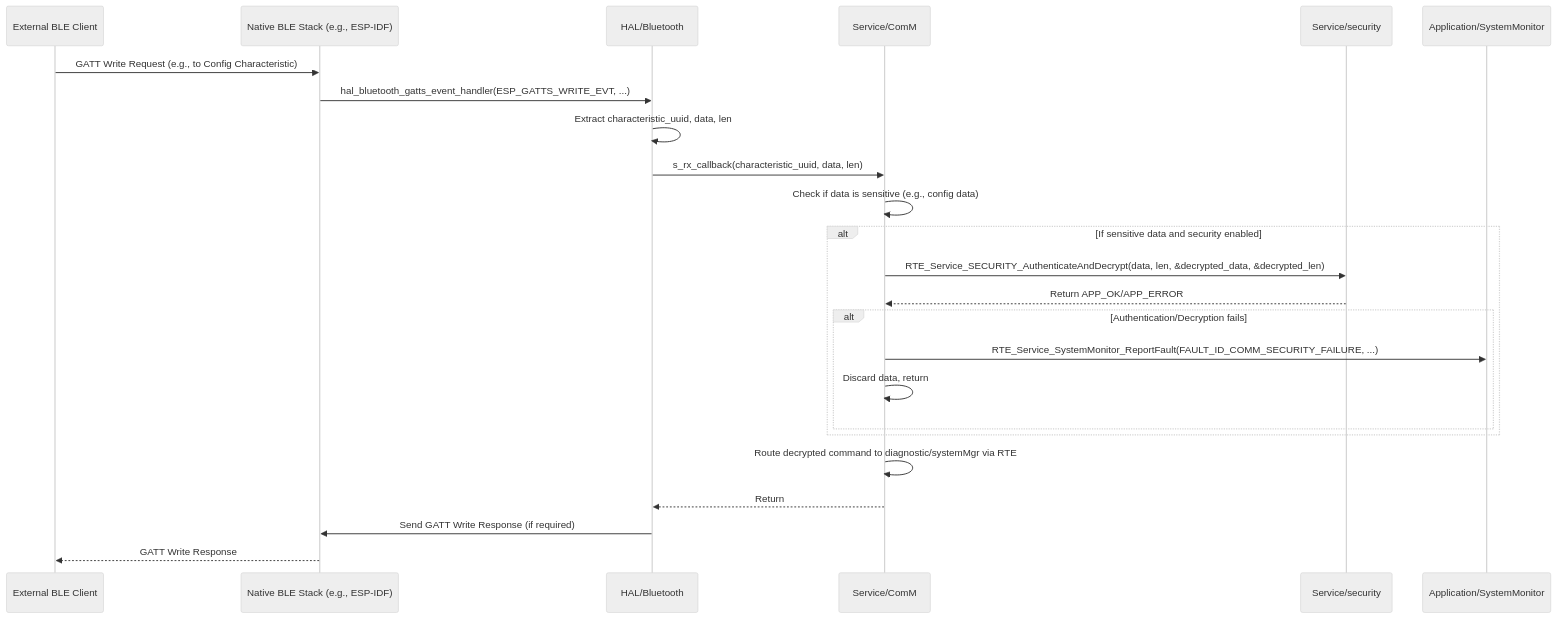
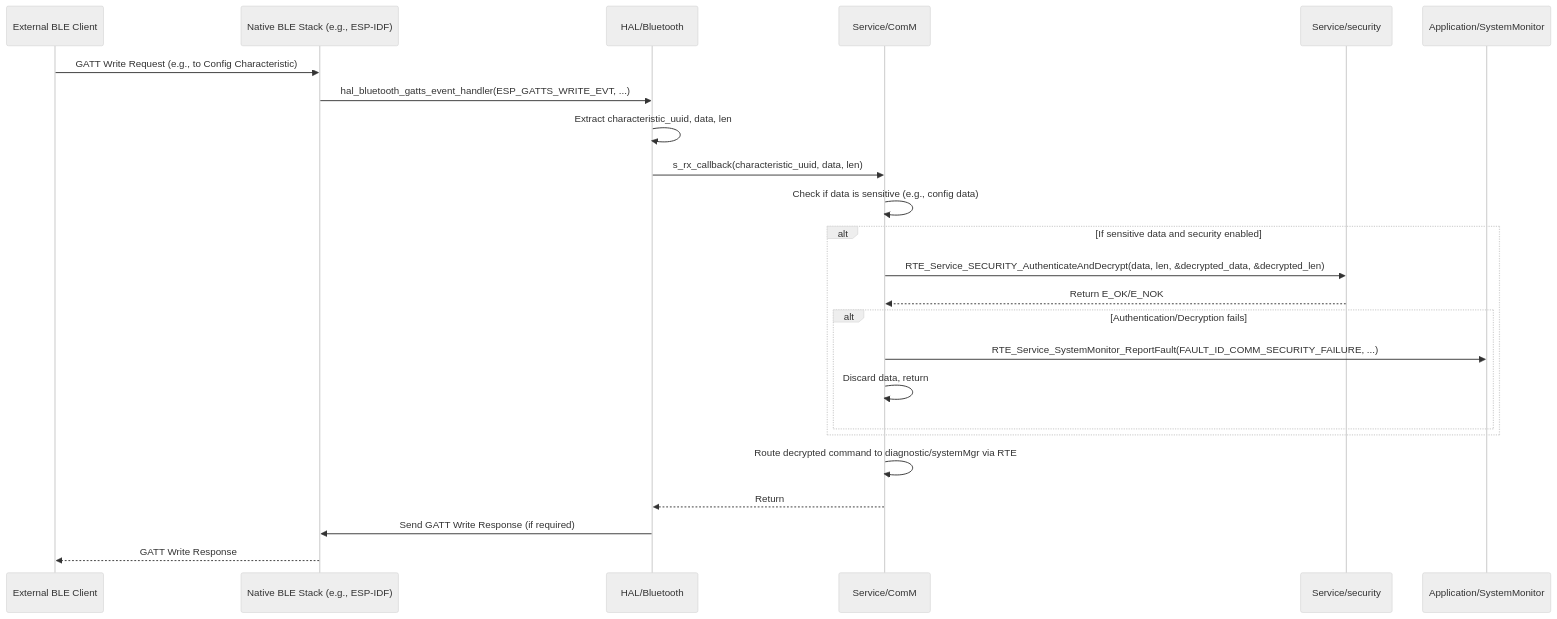
Before and after one commit to ashaker-2/Platform: the diagram in Requiremets/Design/HAL/HAL_BLE_.md, drawn with Mermaid (neutral theme). The commit also changed other lines of this file and 716 other files, not shown here.

````diff
--- a/Requiremets/Design/HAL/HAL_BLE_.md
+++ b/Requiremets/Design/HAL/HAL_BLE_.md
@@ -206,27 +206,27 @@
 ```mermaid
 sequenceDiagram  
     participant BLE_Client as External BLE Client  
     participant Native_BLE_Stack as Native BLE Stack (e.g., ESP-IDF)  
     participant HAL_BLUETOOTH as HAL/Bluetooth  
     participant ComM as Service/ComM  
     participant Security as Service/security  
     participant SystemMonitor as Application/SystemMonitor
 
     BLE_Client->>Native_BLE_Stack: GATT Write Request (e.g., to Config Characteristic)  
     Native_BLE_Stack->>HAL_BLUETOOTH: hal_bluetooth_gatts_event_handler(ESP_GATTS_WRITE_EVT, ...)  
     HAL_BLUETOOTH->>HAL_BLUETOOTH: Extract characteristic_uuid, data, len  
     HAL_BLUETOOTH->>ComM: s_rx_callback(characteristic_uuid, data, len)  
     ComM->>ComM: Check if data is sensitive (e.g., config data)  
     alt If sensitive data and security enabled  
         ComM->>Security: RTE_Service_SECURITY_AuthenticateAndDecrypt(data, len, &decrypted_data, &decrypted_len)  
-        Security-->>ComM: Return APP_OK/APP_ERROR  
+        Security-->>ComM: Return E_OK/E_NOK  
         alt Authentication/Decryption fails  
             ComM->>SystemMonitor: RTE_Service_SystemMonitor_ReportFault(FAULT_ID_COMM_SECURITY_FAILURE, ...)  
             ComM->>ComM: Discard data, return  
         end  
     end  
     ComM->>ComM: Route decrypted command to diagnostic/systemMgr via RTE  
     ComM-->>HAL_BLUETOOTH: Return  
     HAL_BLUETOOTH->>Native_BLE_Stack: Send GATT Write Response (if required)  
     Native_BLE_Stack-->>BLE_Client: GATT Write Response
 ```
````
